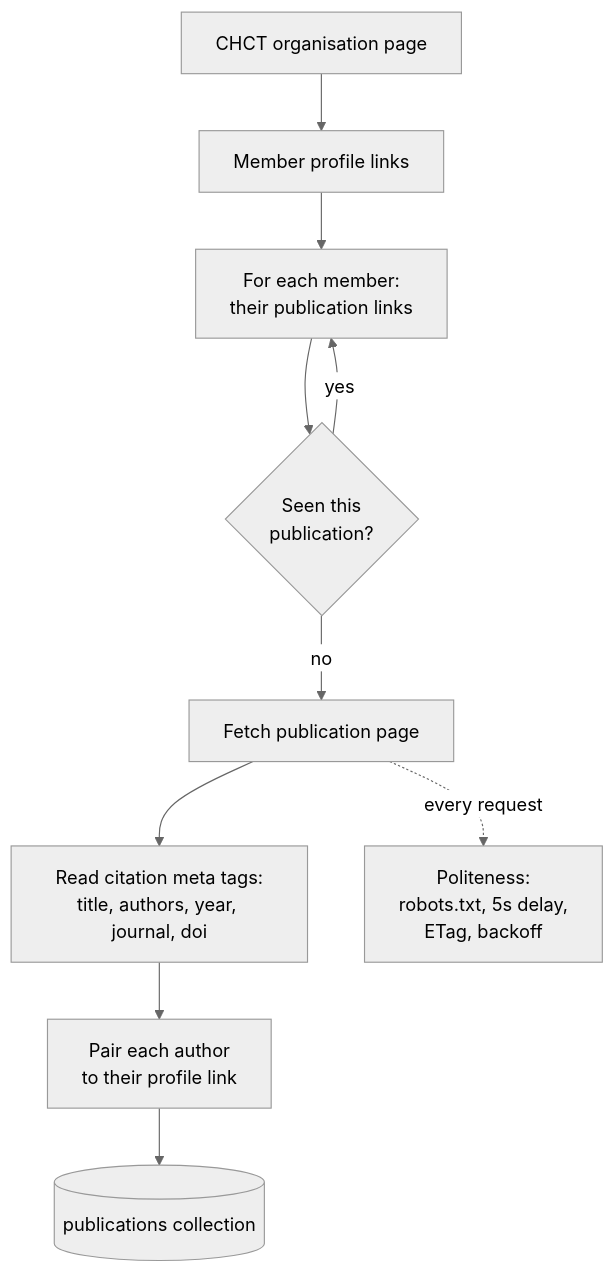
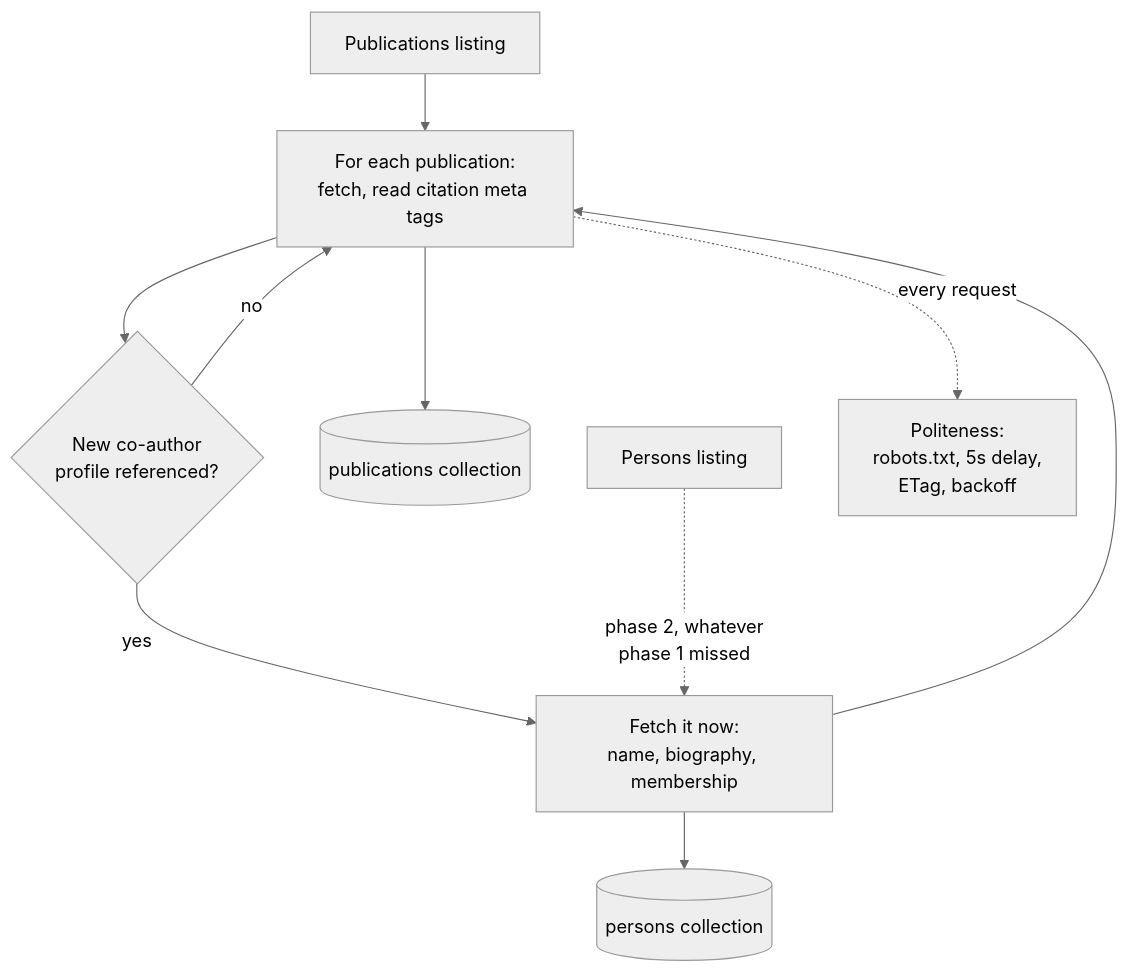
One commit to bhimrazy/st7071cem-ir-assignment changed the diagram in src/crawler/README.md. Above: the diagram before and after it, drawn with Mermaid (neutral theme). The commit also changed other lines of this file and 1 other file, not shown here.

````diff
--- a/src/crawler/README.md
+++ b/src/crawler/README.md
@@ -12,13 +13,14 @@
 ```mermaid
 flowchart TD
-    A[CHCT organisation page] --> B[Member profile links]
-    B --> C[For each member:<br/>their publication links]
-    C --> D{Seen this<br/>publication?}
-    D -- yes --> C
-    D -- no --> E[Fetch publication page]
-    E --> F[Read citation meta tags:<br/>title, authors, year, journal, doi]
-    F --> G[Pair each author<br/>to their profile link]
-    G --> H[(publications collection)]
+    A[Publications listing] --> B[For each publication:<br/>fetch, read citation meta tags]
+    B --> C{New co-author<br/>profile referenced?}
+    C -- yes --> D[Fetch it now:<br/>name, biography, membership]
+    C -- no --> B
+    D --> B
+    B --> E[(publications collection)]
+    D --> F[(persons collection)]
 
-    E -. every request .-> P[Politeness:<br/>robots.txt, 5s delay,<br/>ETag, backoff]
+    G[Persons listing] -.phase 2, whatever<br/>phase 1 missed.-> D
+
+    B -. every request .-> P[Politeness:<br/>robots.txt, 5s delay,<br/>ETag, backoff]
 ```
````
